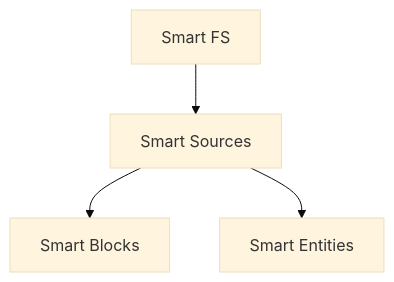
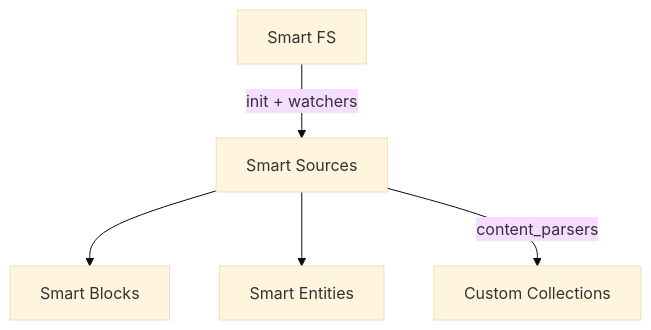
One commit to brianpetro/jsbrains changed the second of 2 diagrams in smart-sources/README.md. Above: the diagram before and after it, drawn with Mermaid (base theme). The commit also changed other lines of this file, not shown here.

````diff
--- a/smart-sources/README.md
+++ b/smart-sources/README.md
@@ -185,6 +248,7 @@
 ```mermaid
 flowchart TD
-	FS[Smart FS] --> S[Smart Sources]
+	FS[Smart FS] -->|init + watchers| S[Smart Sources]
 	S --> B[Smart Blocks]
 	S --> E[Smart Entities]
+	S -->|content_parsers| C[Custom Collections]
 ```
````
